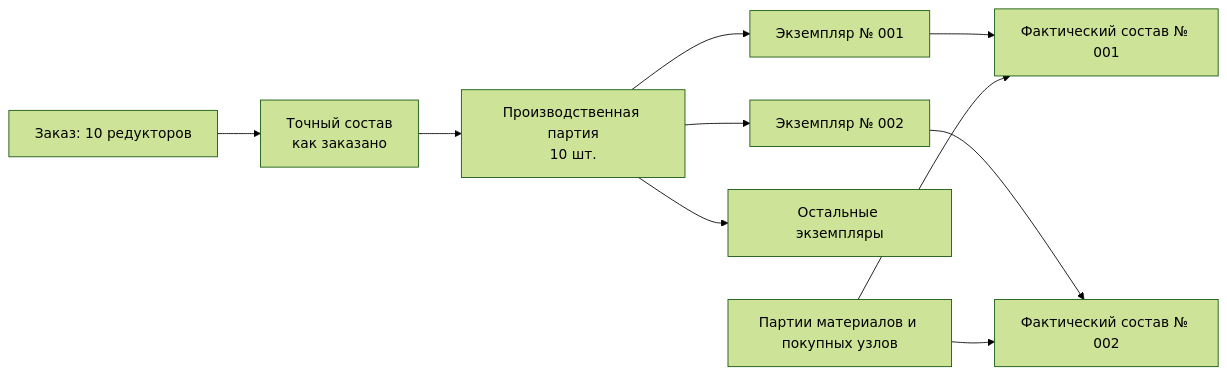
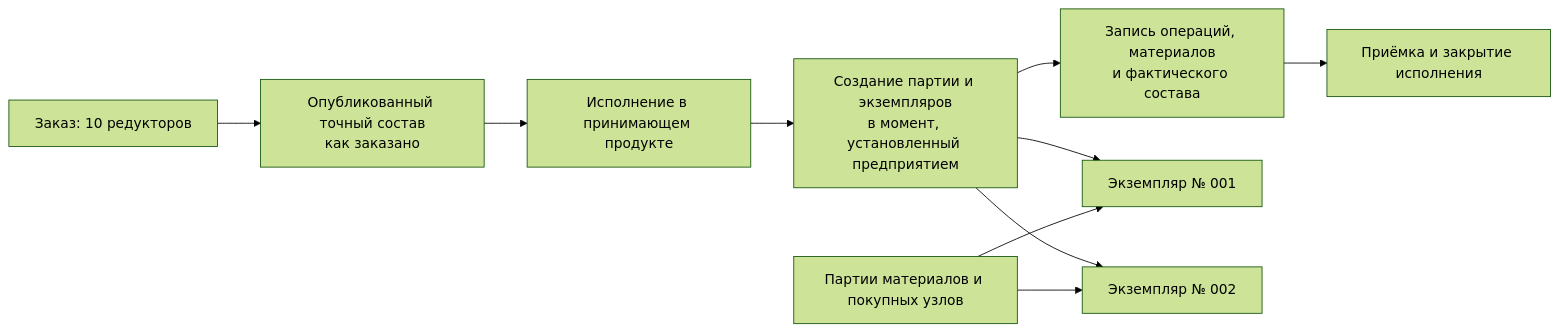
Before and after one commit to ZelAnton/Interlink-product-book: the diagram in wiki/Order-units-lots-as-built.md, drawn with Mermaid (forest theme). The commit also changed other lines of this file and 67 other files, not shown here.

````diff
--- a/wiki/Order-units-lots-as-built.md
+++ b/wiki/Order-units-lots-as-built.md
@@ -14,12 +14,12 @@
 ```mermaid
 flowchart LR
-    A["Заказ: 10 редукторов"] --> B["Точный состав\nкак заказано"]
-    B --> C["Производственная партия\n10 шт."]
-    C --> D["Экземпляр № 001"]
-    C --> E["Экземпляр № 002"]
-    C --> F["Остальные экземпляры"]
-    D --> G["Фактический состав № 001"]
-    E --> H["Фактический состав № 002"]
+    A["Заказ: 10 редукторов"] --> B["Опубликованный точный состав<br/>как заказано"]
+    B --> C["Исполнение в принимающем продукте"]
+    C --> D["Создание партии и экземпляров<br/>в момент, установленный предприятием"]
+    D --> E["Запись операций, материалов<br/>и фактического состава"]
+    E --> F["Приёмка и закрытие исполнения"]
+    D --> G["Экземпляр № 001"]
+    D --> H["Экземпляр № 002"]
     I["Партии материалов и покупных узлов"] --> G
     I --> H
 ```
````
